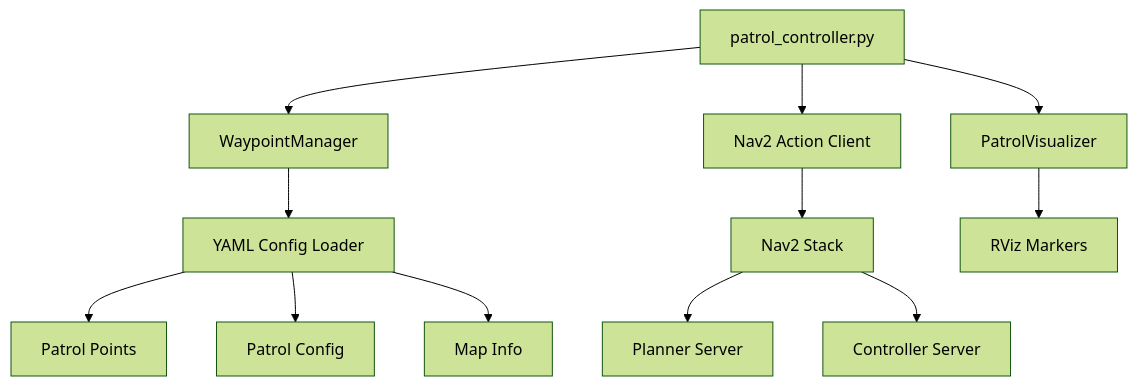
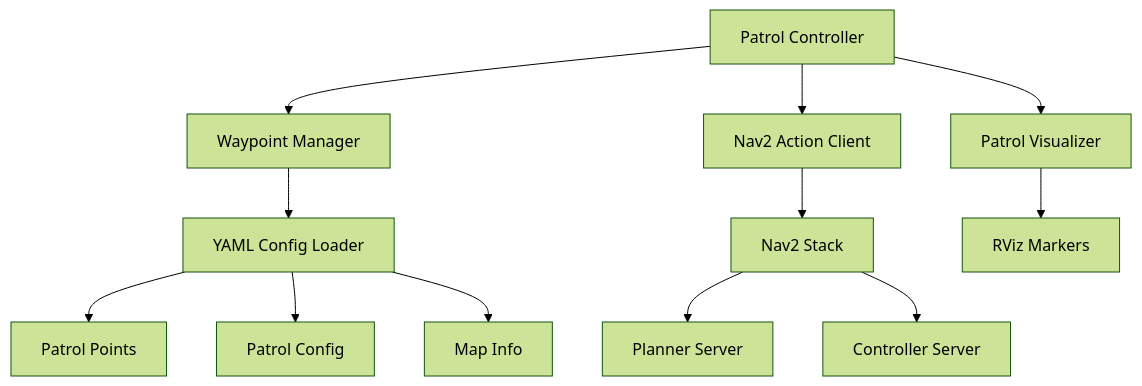
One commit to AungKaung1928/ros2-patrol-project changed the diagram in README.md. Above: the diagram before and after it, drawn with Mermaid (forest theme). The commit also changed other lines of this file, not shown here.

````diff
--- a/README.md
+++ b/README.md
@@ -23,14 +23,14 @@
 ```mermaid
 graph TD
-    A[patrol_controller.py] --> B[WaypointManager]
-    A --> C[PatrolVisualizer]
+    A[Patrol Controller] --> B[Waypoint Manager]
+    A --> C[Patrol Visualizer]
     A --> D[Nav2 Action Client]
     B --> E[YAML Config Loader]
     E --> F[Patrol Points]
     E --> G[Patrol Config]
     E --> H[Map Info]
     D --> I[Nav2 Stack]
     I --> J[Planner Server]
     I --> K[Controller Server]
     C --> L[RViz Markers]
 ```
````
